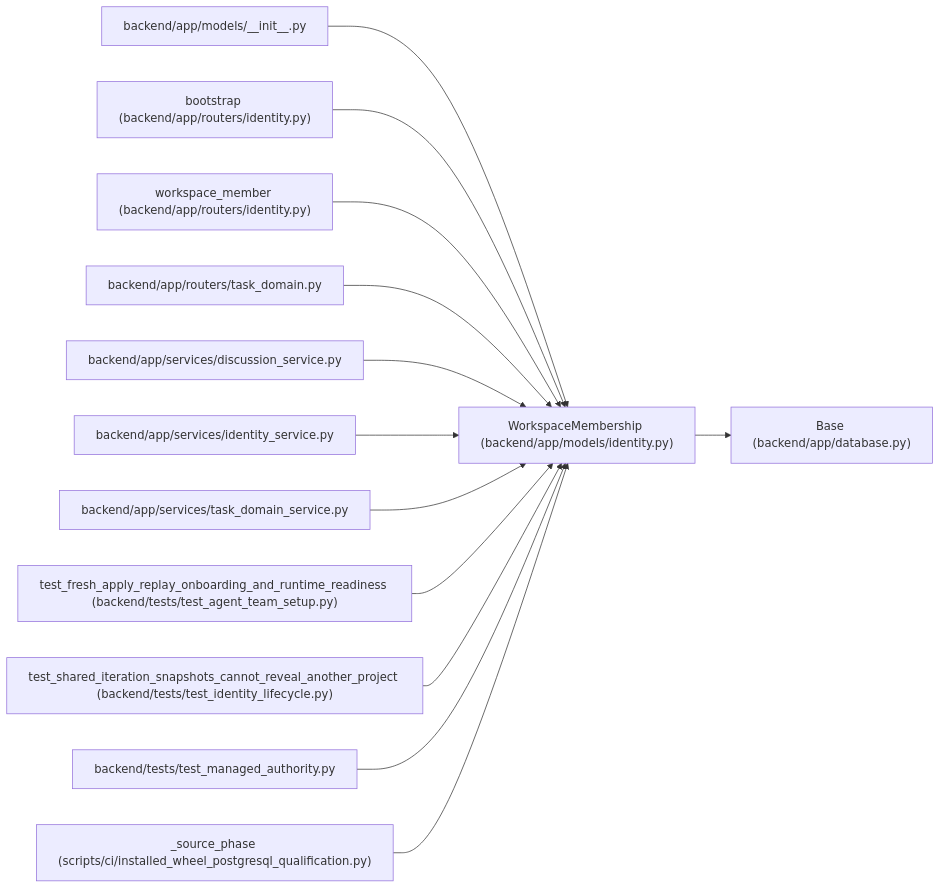
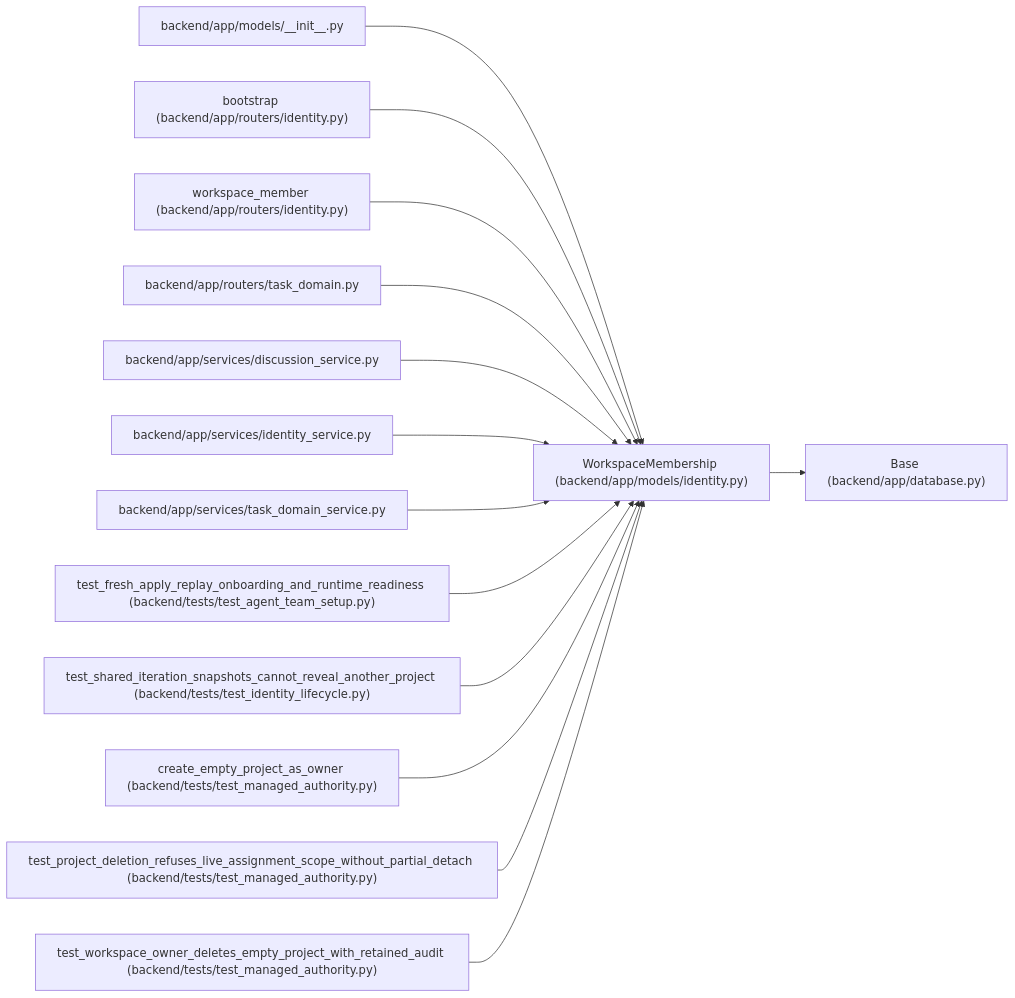
The diagram in docs/llm_wiki/entities/WorkspaceMembership.md (Denissvgn/WorkChord), drawn with Mermaid before and after one commit. The commit also changed other lines of this file and 10148 other files, not shown here.

````diff
--- a/docs/llm_wiki/entities/WorkspaceMembership.md
+++ b/docs/llm_wiki/entities/WorkspaceMembership.md
@@ -27,41 +27,44 @@
 ```mermaid
 flowchart LR
     n0["WorkspaceMembership (backend/app/models/identity.py)"]
     n1["Base (backend/app/database.py)"]
     n2["backend/app/models/__init__.py"]
     n3["bootstrap (backend/app/routers/identity.py)"]
     n4["workspace_member (backend/app/routers/identity.py)"]
     n5["backend/app/routers/task_domain.py"]
     n6["backend/app/services/discussion_service.py"]
     n7["backend/app/services/identity_service.py"]
     n8["backend/app/services/task_domain_service.py"]
     n9["test_fresh_apply_replay_onboarding_and_runtime_readiness (backend/tests/test_agent_team_setup.py)"]
     n10["test_shared_iteration_snapshots_cannot_reveal_another_project (backend/tests/test_identity_lifecycle.py)"]
-    n11["backend/tests/test_managed_authority.py"]
-    n12["_source_phase (scripts/ci/installed_wheel_postgresql_qualification.py)"]
+    n11["create_empty_project_as_owner (backend/tests/test_managed_authority.py)"]
+    n12["test_project_deletion_refuses_live_assignment_scope_without_partial_detach (backend/tests/test_managed_authority.py)"]
+    n13["test_workspace_owner_deletes_empty_project_with_retained_audit (backend/tests/test_managed_authority.py)"]
     n0 --> n1
     n2 --> n0
     n3 --> n0
     n4 --> n0
     n5 --> n0
     n6 --> n0
     n7 --> n0
     n8 --> n0
     n9 --> n0
     n10 --> n0
     n11 --> n0
     n12 --> n0
+    n13 --> n0
     click n0 "../modules/models_identity.md"
     click n1 "../modules/app_database.md"
     click n2 "../modules/models___init__.md"
     click n3 "../modules/routers_identity.md"
     click n4 "../modules/routers_identity.md"
     click n5 "../modules/routers_task_domain.md"
     click n6 "../modules/discussion_service.md"
     click n7 "../modules/identity_service.md"
     click n8 "../modules/task_domain_service.md"
     click n9 "../modules/test_agent_team_setup.md"
     click n10 "../modules/test_identity_lifecycle.md"
     click n11 "../modules/test_managed_authority.md"
-    click n12 "../modules/installed_wheel_postgresql_qualification.md"
+    click n12 "../modules/test_managed_authority.md"
+    click n13 "../modules/test_managed_authority.md"
 ```
````
